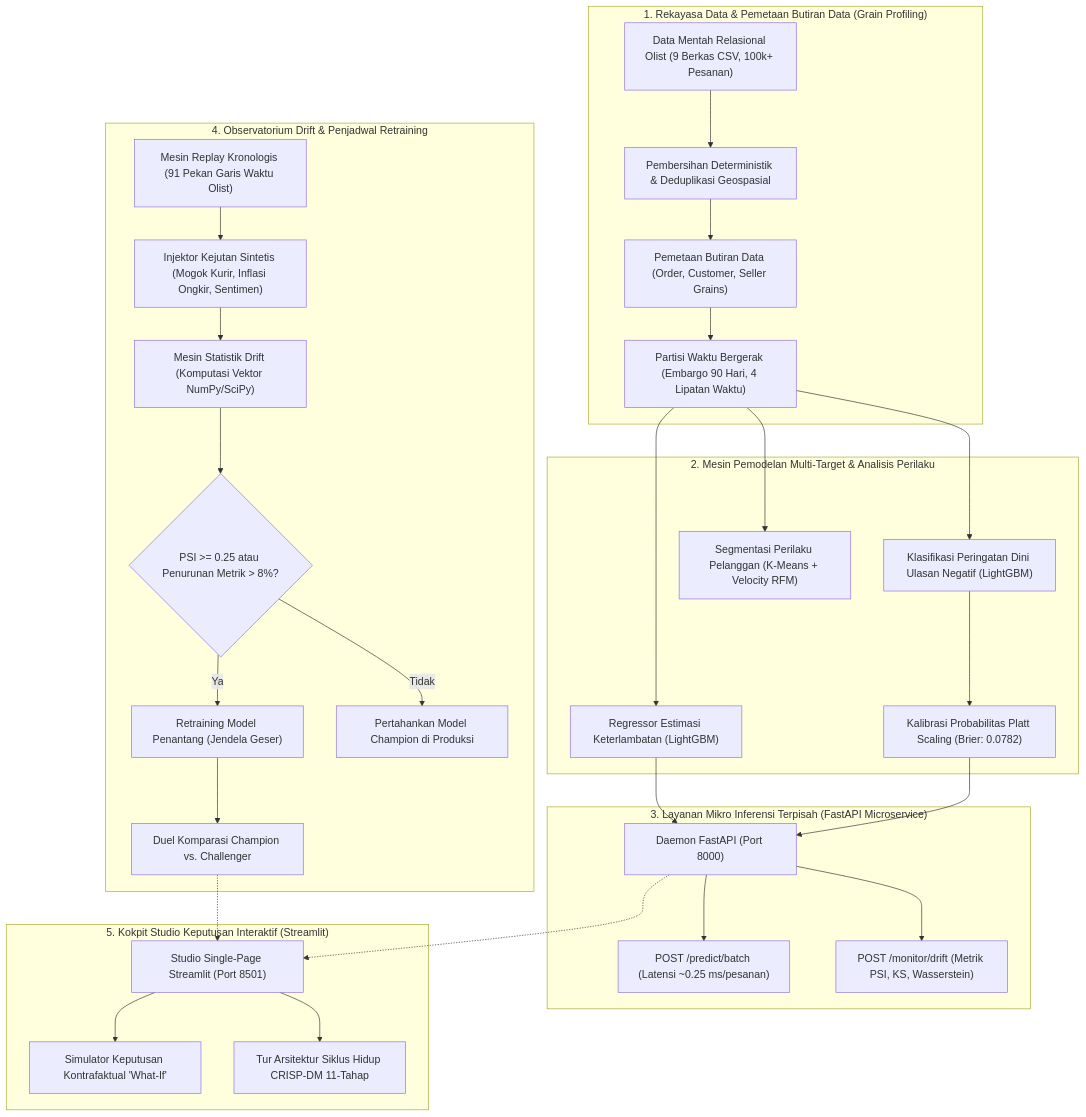
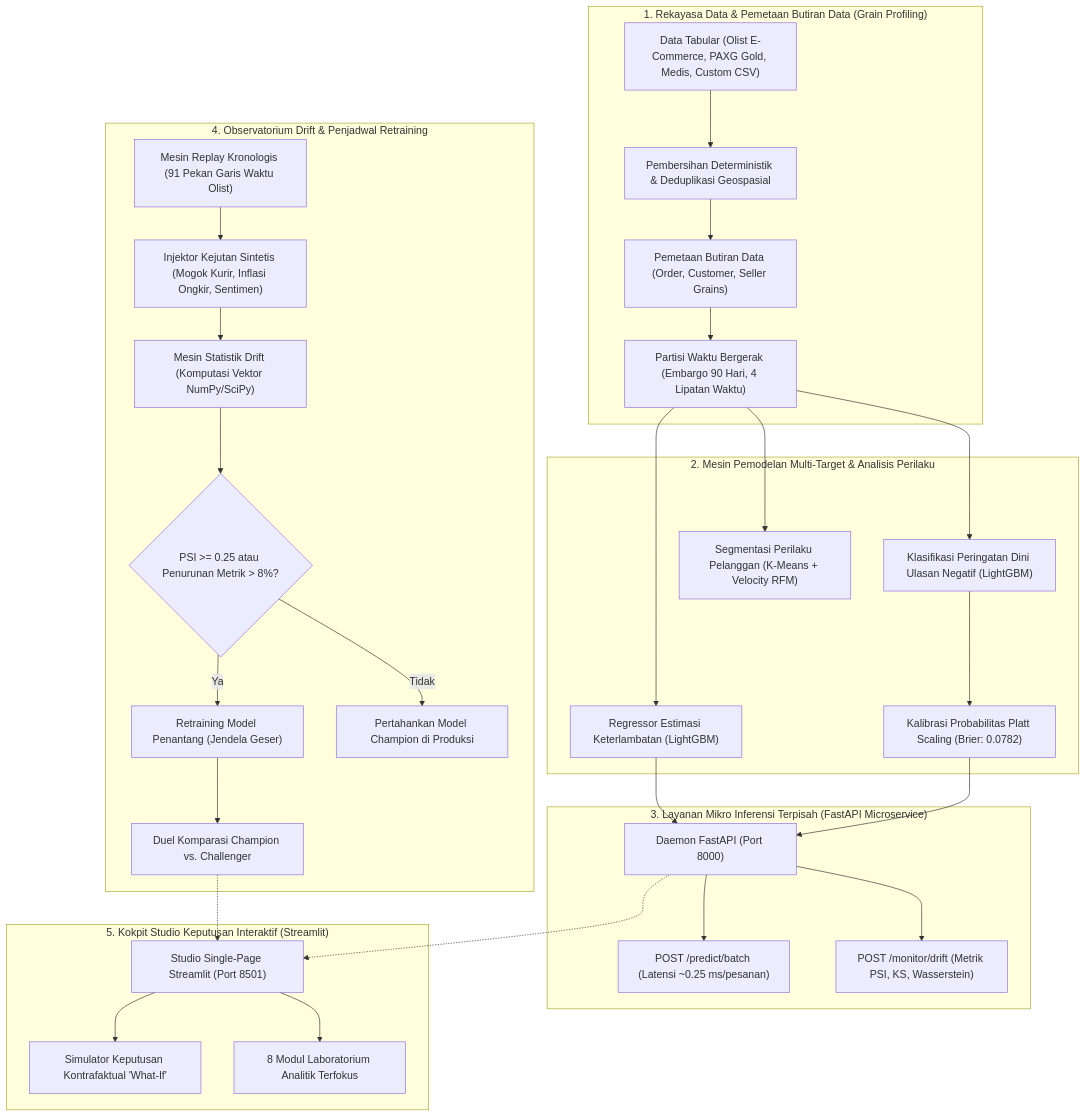
Before and after one commit to noorafaelhakimfaudka-droid/Core-Strategy-Intelligence-Platform: the diagram in README.md, drawn with Mermaid. The commit also changed other lines of this file and 2 other files, not shown here.

````diff
--- a/README.md
+++ b/README.md
@@ -37,38 +61,38 @@
 ```mermaid
 flowchart TD
     subgraph Data_Layer ["1. Rekayasa Data & Pemetaan Butiran Data (Grain Profiling)"]
-        RAW["Data Mentah Relasional Olist (9 Berkas CSV, 100k+ Pesanan)"] --> CLEAN["Pembersihan Deterministik & Deduplikasi Geospasial"]
+        RAW["Data Tabular (Olist E-Commerce, PAXG Gold, Medis, Custom CSV)"] --> CLEAN["Pembersihan Deterministik & Deduplikasi Geospasial"]
         CLEAN --> GRAIN["Pemetaan Butiran Data (Order, Customer, Seller Grains)"]
         GRAIN --> EMBARGO["Partisi Waktu Bergerak (Embargo 90 Hari, 4 Lipatan Waktu)"]
     end
 
     subgraph Modeling_Layer ["2. Mesin Pemodelan Multi-Target & Analisis Perilaku"]
         EMBARGO --> TRAIN_REG["Regressor Estimasi Keterlambatan (LightGBM)"]
         EMBARGO --> TRAIN_CLF["Klasifikasi Peringatan Dini Ulasan Negatif (LightGBM)"]
         EMBARGO --> CLUST["Segmentasi Perilaku Pelanggan (K-Means + Velocity RFM)"]
         TRAIN_CLF --> CALIB["Kalibrasi Probabilitas Platt Scaling (Brier: 0.0782)"]
     end
 
     subgraph Serving_Layer ["3. Layanan Mikro Inferensi Terpisah (FastAPI Microservice)"]
         TRAIN_REG --> API_SRV["Daemon FastAPI (Port 8000)"]
         CALIB --> API_SRV
         API_SRV --> END_PRED["POST /predict/batch (Latensi ~0.25 ms/pesanan)"]
         API_SRV --> END_DRIFT["POST /monitor/drift (Metrik PSI, KS, Wasserstein)"]
     end
 
     subgraph Monitoring_Layer ["4. Observatorium Drift & Penjadwal Retraining"]
         STREAM["Mesin Replay Kronologis (91 Pekan Garis Waktu Olist)"] --> SHOCK["Injektor Kejutan Sintetis (Mogok Kurir, Inflasi Ongkir, Sentimen)"]
         SHOCK --> DRIFT_ENG["Mesin Statistik Drift (Komputasi Vektor NumPy/SciPy)"]
         DRIFT_ENG --> ALERT{"PSI >= 0.25 atau Penurunan Metrik > 8%?"}
         ALERT -- Ya --> RETRAIN["Retraining Model Penantang (Jendela Geser)"]
         RETRAIN --> ARENA["Duel Komparasi Champion vs. Challenger"]
         ALERT -- Tidak --> STABLE["Pertahankan Model Champion di Produksi"]
     end
 
     subgraph UI_Layer ["5. Kokpit Studio Keputusan Interaktif (Streamlit)"]
         API_SRV -.-> COCKPIT["Studio Single-Page Streamlit (Port 8501)"]
         ARENA -.-> COCKPIT
         COCKPIT --> SIM["Simulator Keputusan Kontrafaktual 'What-If'"]
-        COCKPIT --> WALKTHROUGH["Tur Arsitektur Siklus Hidup CRISP-DM 11-Tahap"]
+        COCKPIT --> LABS["8 Modul Laboratorium Analitik Terfokus"]
     end
 ```
````
